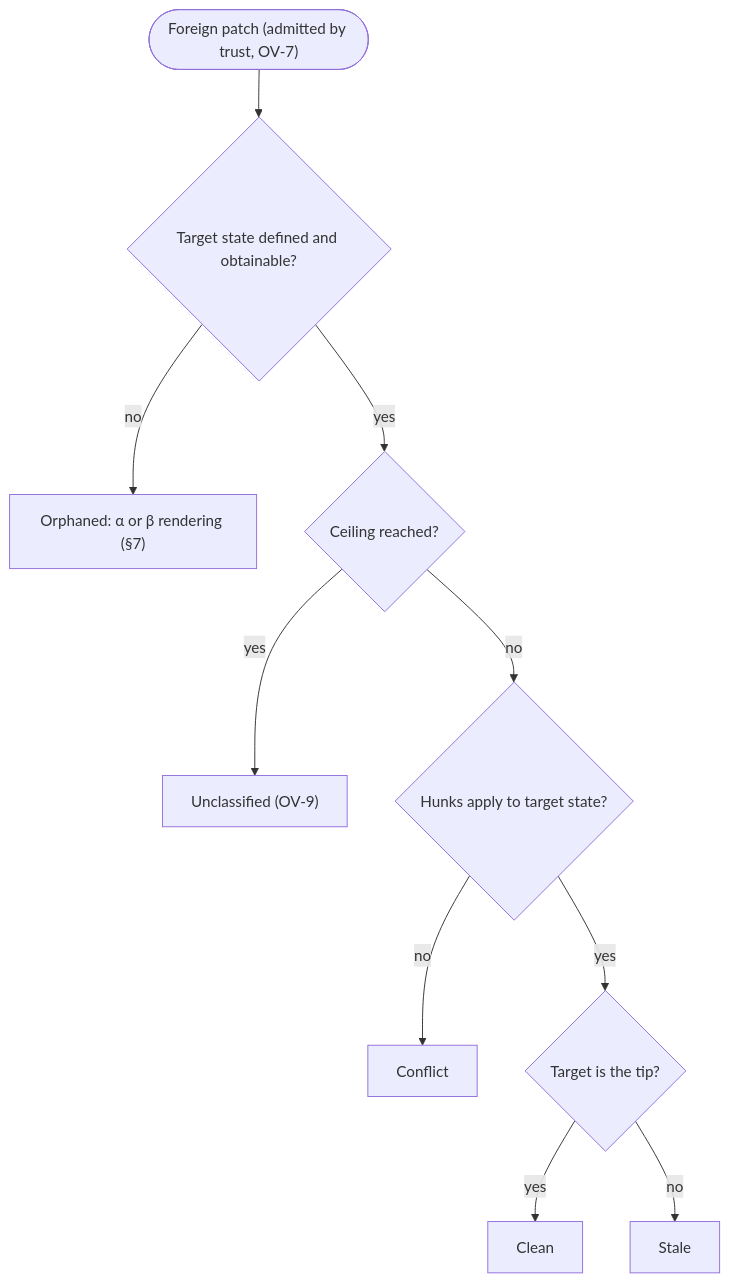
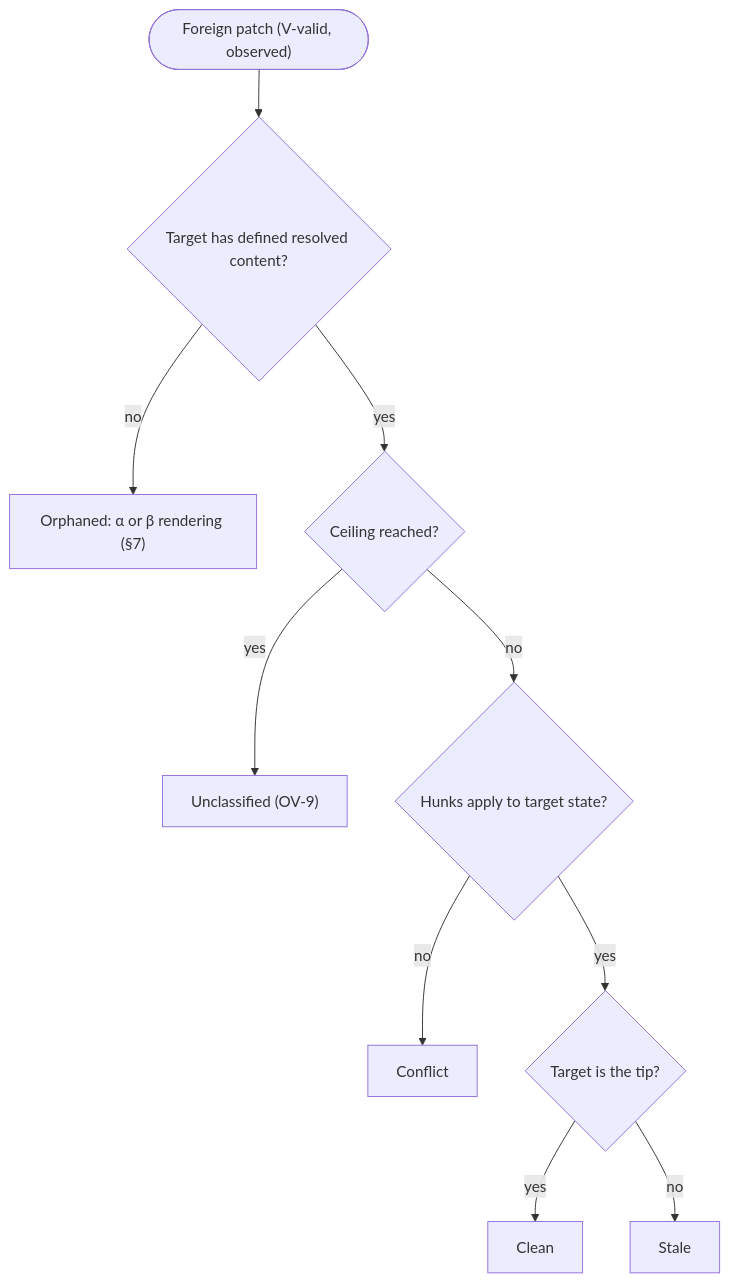
Before and after one commit to crocs-muni/scrutiny-fabric: the seventh of 9 diagrams in docs/protocol-spec.md, drawn with Mermaid. The commit also changed other lines of this file and 24 other files, not shown here.

````diff
--- a/docs/protocol-spec.md
+++ b/docs/protocol-spec.md
@@ -686,12 +675,12 @@
 ```mermaid
 flowchart TD
-    OV(["Foreign patch (admitted by trust, OV-7)"]) --> TGT{"Target state defined and obtainable?"}
+    OV(["Foreign patch (V-valid, observed)"]) --> TGT{"Target has defined resolved content?"}
     TGT -->|no| ORPH["Orphaned: α or β rendering (§7)"]
     TGT -->|yes| CEIL{"Ceiling reached?"}
     CEIL -->|yes| UNC["Unclassified (OV-9)"]
     CEIL -->|no| APPLY{"Hunks apply to target state?"}
     APPLY -->|no| CONF["Conflict"]
     APPLY -->|yes| TIP{"Target is the tip?"}
     TIP -->|yes| CLEAN["Clean"]
     TIP -->|no| STALE["Stale"]
 ```
````
